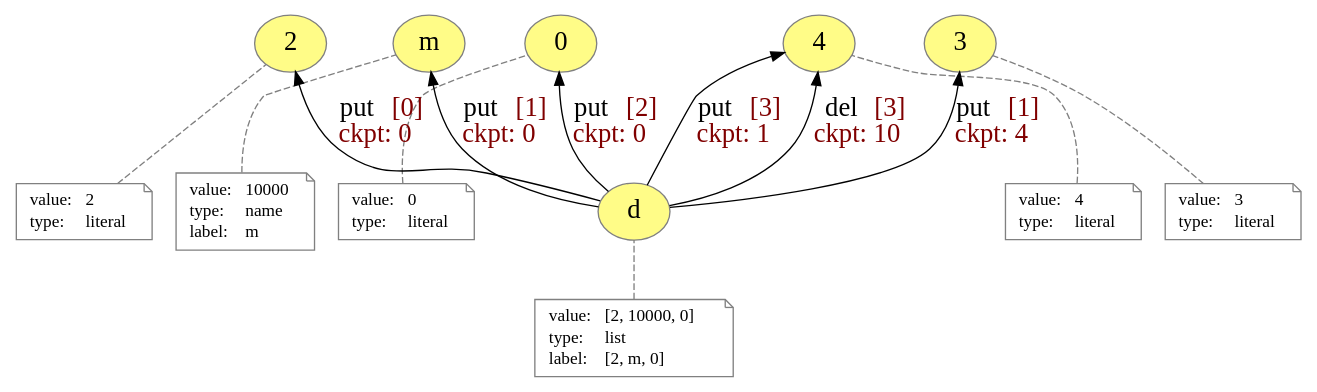
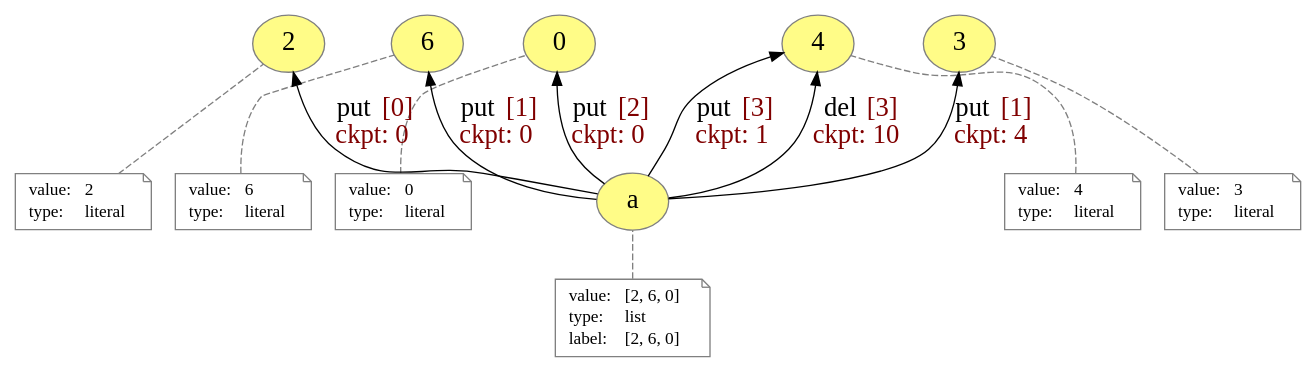
One commit to dew-uff/versioned-prov changed the diagram in generated/presentation/incremental.dot. Above: the diagram before and after it, drawn with Graphviz. The commit also changed 52 other files, not shown here.

```diff
--- a/generated/presentation/incremental.dot
+++ b/generated/presentation/incremental.dot
@@ -1,91 +1,87 @@
 digraph "PROV" { size="16,12"; rankdir="BT";
-"g/m" [fillcolor="#FFFC87",color="#808080",style="filled",label="m",URL="g/m",fontsize="20"]
-"g/m-attrs" [color="gray",shape="note",fontsize="13",fontcolor="black",label=<<TABLE cellpadding="0" border="0">
+"g/6" [fillcolor="#FFFC87",color="#808080",style="filled",label="6",URL="g/6",fontsize="20"]
+"g/6-attrs" [color="gray",shape="note",fontsize="13",fontcolor="black",label=<<TABLE cellpadding="0" border="0">
 	<TR>
 	    <TD align="left">value:</TD>
-	    <TD align="left">10000</TD>
+	    <TD align="left">6</TD>
 	</TR>
 	<TR>
 	    <TD align="left">type:</TD>
-	    <TD align="left">name</TD>
-	</TR>
-	<TR>
-	    <TD align="left">label:</TD>
-	    <TD align="left">m</TD>
+	    <TD align="left">literal</TD>
 	</TR>
 </TABLE>>]
-"g/m-attrs" -> "g/m" [color="gray",style="dashed",arrowhead="none"]
+"g/6-attrs" -> "g/6" [color="gray",style="dashed",arrowhead="none"]
 "g/2" [fillcolor="#FFFC87",color="#808080",style="filled",label="2",URL="g/2",fontsize="20"]
 "g/2-attrs" [color="gray",shape="note",fontsize="13",fontcolor="black",label=<<TABLE cellpadding="0" border="0">
 	<TR>
 	    <TD align="left">value:</TD>
 	    <TD align="left">2</TD>
 	</TR>
 	<TR>
 	    <TD align="left">type:</TD>
 	    <TD align="left">literal</TD>
 	</TR>
 </TABLE>>]
 "g/2-attrs" -> "g/2" [color="gray",style="dashed",arrowhead="none"]
 "g/0" [fillcolor="#FFFC87",color="#808080",style="filled",label="0",URL="g/0",fontsize="20"]
 "g/0-attrs" [color="gray",shape="note",fontsize="13",fontcolor="black",label=<<TABLE cellpadding="0" border="0">
 	<TR>
 	    <TD align="left">value:</TD>
 	    <TD align="left">0</TD>
 	</TR>
 	<TR>
 	    <TD align="left">type:</TD>
 	    <TD align="left">literal</TD>
 	</TR>
 </TABLE>>]
 "g/0-attrs" -> "g/0" [color="gray",style="dashed",arrowhead="none"]
 "g/4" [fillcolor="#FFFC87",color="#808080",style="filled",label="4",URL="g/4",fontsize="20"]
 "g/4-attrs" [color="gray",shape="note",fontsize="13",fontcolor="black",label=<<TABLE cellpadding="0" border="0">
 	<TR>
 	    <TD align="left">value:</TD>
 	    <TD align="left">4</TD>
 	</TR>
 	<TR>
 	    <TD align="left">type:</TD>
 	    <TD align="left">literal</TD>
 	</TR>
 </TABLE>>]
 "g/4-attrs" -> "g/4" [color="gray",style="dashed",arrowhead="none"]
 "g/3" [fillcolor="#FFFC87",color="#808080",style="filled",label="3",URL="g/3",fontsize="20"]
 "g/3-attrs" [color="gray",shape="note",fontsize="13",fontcolor="black",label=<<TABLE cellpadding="0" border="0">
 	<TR>
 	    <TD align="left">value:</TD>
 	    <TD align="left">3</TD>
 	</TR>
 	<TR>
 	    <TD align="left">type:</TD>
 	    <TD align="left">literal</TD>
 	</TR>
 </TABLE>>]
 "g/3-attrs" -> "g/3" [color="gray",style="dashed",arrowhead="none"]
-"g/d" [fillcolor="#FFFC87",color="#808080",style="filled",label="d",URL="g/d",fontsize="20"]
-"g/d-attrs" [color="gray",shape="note",fontsize="13",fontcolor="black",label=<<TABLE cellpadding="0" border="0">
+"g/a" [fillcolor="#FFFC87",color="#808080",style="filled",label="a",URL="g/a",fontsize="20"]
+"g/a-attrs" [color="gray",shape="note",fontsize="13",fontcolor="black",label=<<TABLE cellpadding="0" border="0">
 	<TR>
 	    <TD align="left">value:</TD>
-	    <TD align="left">[2, 10000, 0]</TD>
+	    <TD align="left">[2, 6, 0]</TD>
 	</TR>
 	<TR>
 	    <TD align="left">type:</TD>
 	    <TD align="left">list</TD>
 	</TR>
 	<TR>
 	    <TD align="left">label:</TD>
-	    <TD align="left">[2, m, 0]</TD>
+	    <TD align="left">[2, 6, 0]</TD>
 	</TR>
 </TABLE>>]
-"g/d-attrs" -> "g/d" [color="gray",style="dashed",arrowhead="none"]
-"g/d" -> "g/2" [fontsize="20",labeldistance="2",color="black",labelangle="60.0",rotation="20",label=<<font color="black">put</font><font color="#800000">&nbsp;[0]<br/>ckpt:&nbsp;0</font>>]
-"g/d" -> "g/m" [fontsize="20",labeldistance="2",color="black",labelangle="60.0",rotation="20",label=<<font color="black">put</font><font color="#800000">&nbsp;[1]<br/>ckpt:&nbsp;0</font>>]
-"g/d" -> "g/0" [fontsize="20",labeldistance="2",color="black",labelangle="60.0",rotation="20",label=<<font color="black">put</font><font color="#800000">&nbsp;[2]<br/>ckpt:&nbsp;0</font>>]
-"g/d" -> "g/4" [fontsize="20",labeldistance="2",color="black",labelangle="60.0",rotation="20",label=<<font color="black">put</font><font color="#800000">&nbsp;[3]<br/>ckpt:&nbsp;1</font>>]
-"g/d" -> "g/3" [fontsize="20",labeldistance="2",color="black",labelangle="60.0",rotation="20",label=<<font color="black">put</font><font color="#800000">&nbsp;[1]<br/>ckpt:&nbsp;4</font>>]
-"g/d" -> "g/4" [fontsize="20",labeldistance="2",color="black",labelangle="60.0",rotation="20",label=<<font color="black">del</font><font color="#800000">&nbsp;[3]<br/>ckpt:&nbsp;10</font>>]
+"g/a-attrs" -> "g/a" [color="gray",style="dashed",arrowhead="none"]
+"g/a" -> "g/2" [fontsize="20",labeldistance="1",color="black",labelangle="60.0",rotation="20",label=<<font color="black">put</font><font color="#800000"> [0]<br/>ckpt: 0</font>>]
+"g/a" -> "g/6" [fontsize="20",labeldistance="1",color="black",labelangle="60.0",rotation="20",label=<<font color="black">put</font><font color="#800000"> [1]<br/>ckpt: 0</font>>]
+"g/a" -> "g/0" [fontsize="20",labeldistance="1",color="black",labelangle="60.0",rotation="20",label=<<font color="black">put</font><font color="#800000"> [2]<br/>ckpt: 0</font>>]
+"g/a" -> "g/4" [fontsize="20",labeldistance="1",color="black",labelangle="60.0",rotation="20",label=<<font color="black">put</font><font color="#800000"> [3]<br/>ckpt: 1</font>>]
+"g/a" -> "g/3" [fontsize="20",labeldistance="1",color="black",labelangle="60.0",rotation="20",label=<<font color="black">put</font><font color="#800000"> [1]<br/>ckpt: 4</font>>]
+"g/a" -> "g/4" [fontsize="20",labeldistance="1",color="black",labelangle="60.0",rotation="20",label=<<font color="black">del</font><font color="#800000"> [3]<br/>ckpt: 10</font>>]
 
-"g/2"->"g/m"->"g/0"->"g/4"->"g/3" [style=invis]
-{rank=same "g/2" "g/m" "g/0" "g/3" "g/4" }
+"g/2"->"g/6"->"g/0"->"g/4"->"g/3" [style=invis]
+{rank=same "g/2" "g/6" "g/0" "g/3" "g/4" }
 }
```
